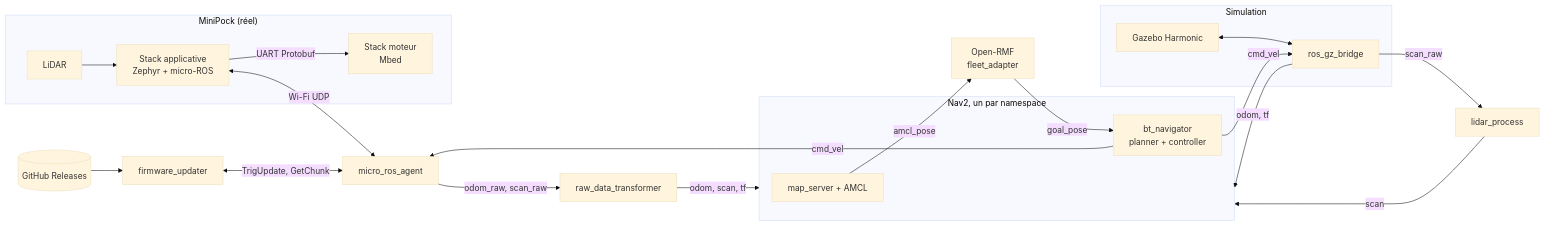
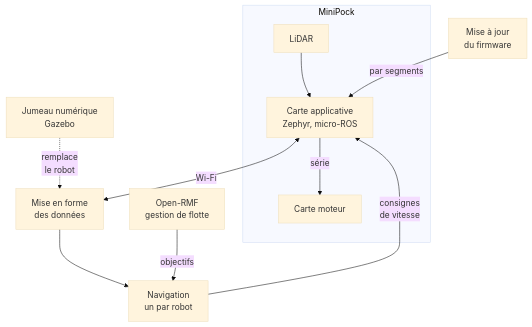
Before and after one commit to sedelpeuch/sedelpeuch.github.io: the diagram in docs/projects/professionnel/minipock.md, drawn with Mermaid (base theme). The commit also changed other lines of this file and 12 other files, not shown here.

````diff
--- a/docs/projects/professionnel/minipock.md
+++ b/docs/projects/professionnel/minipock.md
@@ -55,26 +53,13 @@
 ```mermaid
-flowchart LR
-    subgraph robot["MiniPock (réel)"]
-        lidar["LiDAR"] --> app["Stack applicative<br/>Zephyr + micro-ROS"]
-        app -->|"UART Protobuf"| mot["Stack moteur<br/>Mbed"]
-    end
-    subgraph sim["Simulation"]
-        gz["Gazebo Harmonic"] <--> bridge["ros_gz_bridge"]
-    end
-    app <-->|"Wi-Fi UDP"| agent["micro_ros_agent"]
-    agent -->|"odom_raw, scan_raw"| rdt["raw_data_transformer"]
-    bridge -->|"scan_raw"| lp["lidar_process"]
-    subgraph nav["Nav2, un par namespace"]
-        loc["map_server + AMCL"]
-        ctrl["bt_navigator<br/>planner + controller"]
-    end
-    rdt -->|"odom, scan, tf"| nav
-    lp -->|"scan"| nav
-    bridge -->|"odom, tf"| nav
-    ctrl -->|"cmd_vel"| agent
-    ctrl -->|"cmd_vel"| bridge
-    rmf["Open-RMF<br/>fleet_adapter"] -->|"goal_pose"| ctrl
-    loc -->|"amcl_pose"| rmf
-    fw["firmware_updater"] <-->|"TrigUpdate, GetChunk"| agent
-    gh[("GitHub Releases")] --> fw
+flowchart TD
+  subgraph robot["MiniPock"]
+    lidar["LiDAR"] --> app["Carte applicative<br/>Zephyr, micro-ROS"]
+    app -->|série| mot["Carte moteur"]
+  end
+  app <-->|"Wi-Fi"| conv["Mise en forme<br/>des données"]
+  gz["Jumeau numérique<br/>Gazebo"] -.->|"remplace<br/>le robot"| conv
+  conv --> nav["Navigation<br/>un par robot"]
+  nav -->|"consignes<br/>de vitesse"| app
+  rmf["Open-RMF<br/>gestion de flotte"] -->|objectifs| nav
+  maj["Mise à jour<br/>du firmware"] -->|"par segments"| app
 ```
````
